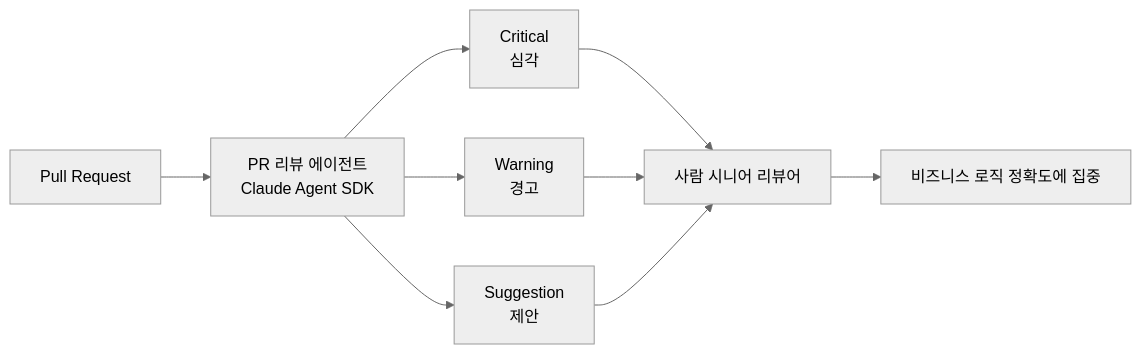
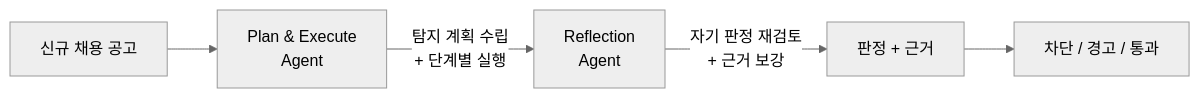
Before and after one commit to imakerjun/effective-ai-coding-sds: the third of 3 diagrams in content/part-2-what/multi-agent.mdx, drawn with Mermaid (neutral theme). The commit also changed other lines of this file, not shown here.

Commit message:
(content/part-2-what) update multi-agent.mdx

````diff
--- a/content/part-2-what/multi-agent.mdx
+++ b/content/part-2-what/multi-agent.mdx
@@ -173,11 +170,7 @@
 ```mermaid
 flowchart LR
-    PR[Pull Request] --> Agent[PR 리뷰 에이전트<br/>Claude Agent SDK]
-    Agent --> C1[Critical<br/>심각]
-    Agent --> C2[Warning<br/>경고]
-    Agent --> C3[Suggestion<br/>제안]
-    C1 --> Reviewer[사람 시니어 리뷰어]
-    C2 --> Reviewer
-    C3 --> Reviewer
-    Reviewer --> Focus[비즈니스 로직 정확도에 집중]
+    Post[신규 채용 공고] --> Plan[Plan & Execute<br/>Agent]
+    Plan -->|"탐지 계획 수립<br/>+ 단계별 실행"| Reflect[Reflection<br/>Agent]
+    Reflect -->|"자기 판정 재검토<br/>+ 근거 보강"| Verdict[판정 + 근거]
+    Verdict --> Action[차단 / 경고 / 통과]
 ```
````
